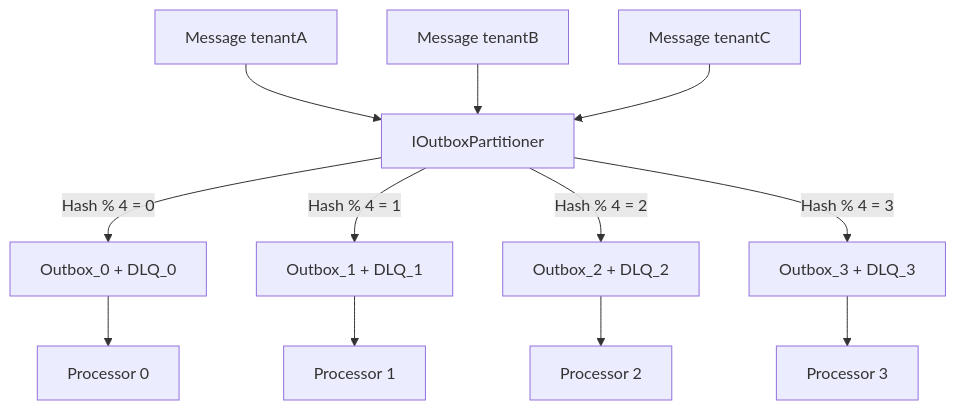
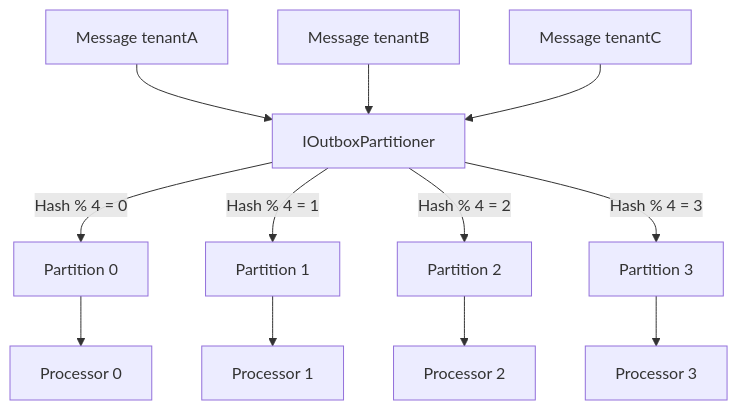
Before and after one commit to TrigintaFaces/Excalibur: the third of 3 diagrams in docs-site/docs/patterns/outbox.md, drawn with Mermaid. The commit also changed other lines of this file and 148 other files, not shown here.

````diff
--- a/docs-site/docs/patterns/outbox.md
+++ b/docs-site/docs/patterns/outbox.md
@@ -722,16 +796,16 @@
 ```mermaid
 flowchart TD
     M1[Message tenantA] --> P[IOutboxPartitioner]
     M2[Message tenantB] --> P
     M3[Message tenantC] --> P
 
-    P -->|"Hash % 4 = 0"| T0["Outbox_0 + DLQ_0"]
-    P -->|"Hash % 4 = 1"| T1["Outbox_1 + DLQ_1"]
-    P -->|"Hash % 4 = 2"| T2["Outbox_2 + DLQ_2"]
-    P -->|"Hash % 4 = 3"| T3["Outbox_3 + DLQ_3"]
+    P -->|"Hash % 4 = 0"| T0[Partition 0]
+    P -->|"Hash % 4 = 1"| T1[Partition 1]
+    P -->|"Hash % 4 = 2"| T2[Partition 2]
+    P -->|"Hash % 4 = 3"| T3[Partition 3]
 
     T0 --> W0[Processor 0]
     T1 --> W1[Processor 1]
     T2 --> W2[Processor 2]
     T3 --> W3[Processor 3]
 ```
````
